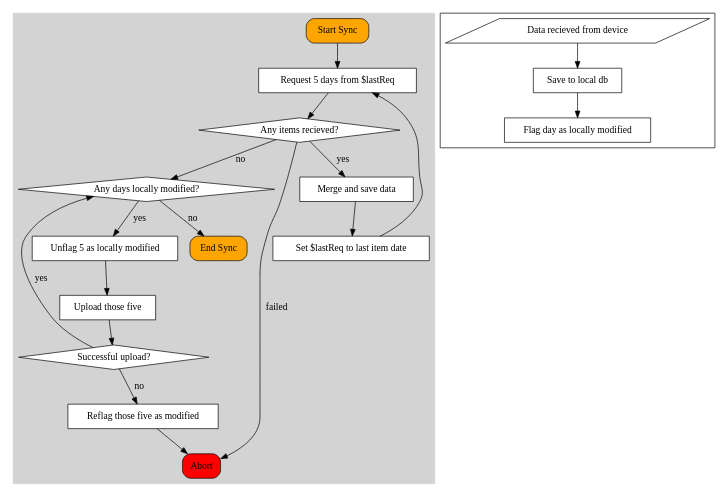
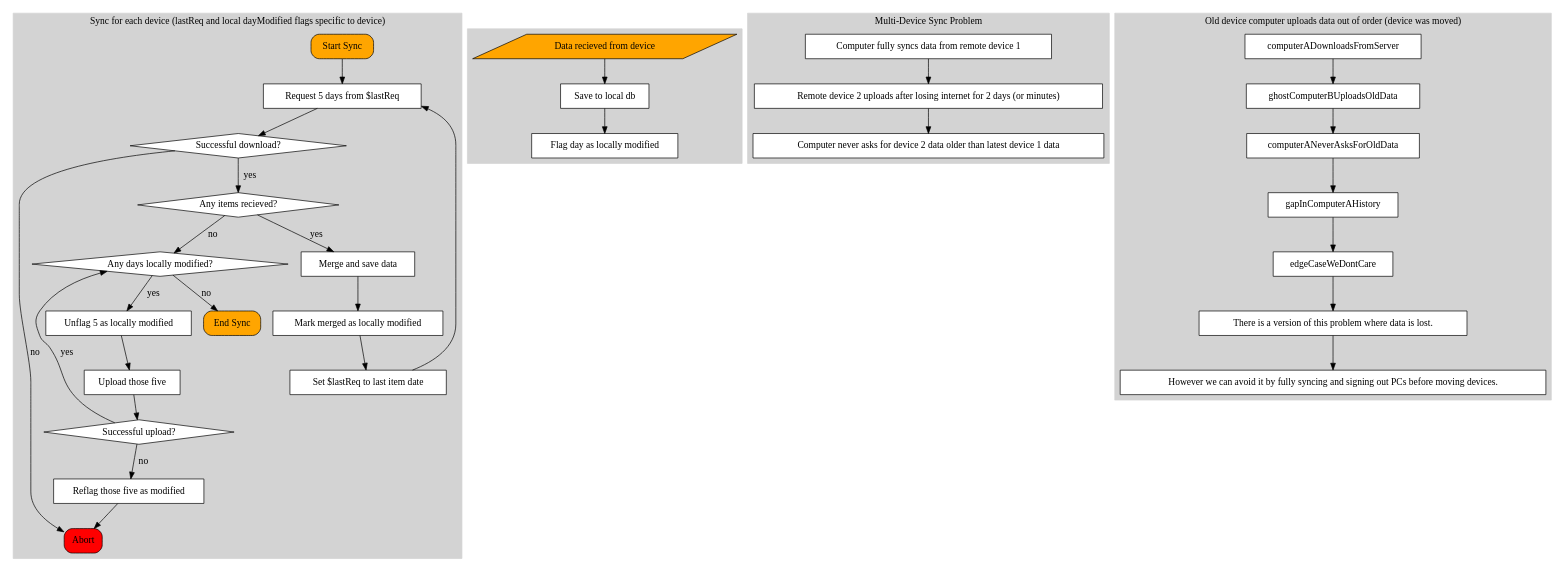
The diagram in design/sync.dot (quickbird-uk/QuickbirdUWPDashboard), drawn with Graphviz before and after one commit. The commit also changed 1 other file, not shown here.

Commit message:
re #133 uodated design diagrams with problems.

```diff
--- a/design/sync.dot
+++ b/design/sync.dot
@@ -1,47 +1,82 @@
 digraph G {
-
     /* Entities */
    node[style="filled", fillcolor="white"];
    start[label="Start Sync", shape="box", style="rounded,filled", fillcolor="orange"];
    end[label="End Sync", shape="box", style="rounded,filled", fillcolor="orange"];
    abort[label="Abort", shape="box", style="rounded,filled", fillcolor="red"];
 
    reqFive[label="Request 5 days from $lastReq", shape="rectangle"];
    anythingRecieved[label="Any items recieved?", shape="diamond"];
    setLastToLastItem[label="Set $lastReq to last item date" , shape="rectangle"];
    mergeAndSave[label="Merge and save data", shape="rectangle"];
    anyDaysLocallyModified[label="Any days locally modified?", shape="diamond"];
    unmarkFive[label="Unflag 5 as locally modified", shape="rectangle"];
    uploadFive[label="Upload those five", shape="rectangle"];
    success[label="Successful upload?", shape="diamond"];
+   dlsuccess[label="Successful download?", shape="diamond"];
    reflagFive[label="Reflag those five as modified", shape="box"];
+   markMergedModified[label="Mark merged as locally modified", shape="box"];
     
     /* Relationships */
 
     subgraph cluster0 {
+        label="Sync for each device (lastReq and local dayModified flags specific to device)";
         style="filled";
         color="lightgray";
         start -> reqFive;
-        reqFive -> anythingRecieved;
+        reqFive -> dlsuccess;
+        dlsuccess -> anythingRecieved[label=" yes "];
+        dlsuccess -> abort[label="no  "]
         anythingRecieved -> mergeAndSave[label=" yes "];
         anythingRecieved -> anyDaysLocallyModified[label=" no "];
-        anythingRecieved -> abort[label=" failed "];
-        mergeAndSave -> setLastToLastItem;
+        mergeAndSave -> markMergedModified;
+        markMergedModified -> setLastToLastItem;
         setLastToLastItem -> reqFive;
         anyDaysLocallyModified -> unmarkFive[label=" yes "];
         unmarkFive -> uploadFive;
         uploadFive -> success;
         success -> anyDaysLocallyModified[label=" yes "];
         success -> reflagFive[label=" no "];
         reflagFive -> abort;
         anyDaysLocallyModified -> end[label="no"];
     }
 
 
     subgraph cluster1 {
-        dataFromDevice[label="Data recieved from device", shape="parallelogram"];
+        style="filled";
+        color="lightgray";
+        dataFromDevice[label="Data recieved from device", shape="parallelogram", style="filled", fillcolor="orange"];
         saveToDb[label="Save to local db", shape="box"];
         markDayAsLocallyModified[label="Flag day as locally modified", shape="box"];
+        
         dataFromDevice -> saveToDb -> markDayAsLocallyModified;
     }
+
+
+    subgraph cluster2 {
+        style="filled";
+        color="lightgray";
+        node[shape="box"]
+        label="Multi-Device Sync Problem"
+
+        computerSyncsAllRemoteDeviceOneData[label="Computer fully syncs data from remote device 1"];
+        deviceTwoUploadsAfterBeingOfflineForADay[label="Remote device 2 uploads after losing internet for 2 days (or minutes)"];
+        computerNeverAsksForDeviceTwosDataFromYesterday[label="Computer never asks for device 2 data older than latest device 1 data"];
+
+        computerSyncsAllRemoteDeviceOneData -> deviceTwoUploadsAfterBeingOfflineForADay -> computerNeverAsksForDeviceTwosDataFromYesterday
+
+    }
+    subgraph cluster3 {
+        style="filled";
+        color="lightgray";
+        node[shape="box"]
+        label="Old device computer uploads data out of order (device was moved)"
+
+        comment1[label="There is a version of this problem where data is lost."];
+        comment2[label="However we can avoid it by fully syncing and signing out PCs before moving devices."];
+        comment1 -> comment2;
+
+        computerADownloadsFromServer -> ghostComputerBUploadsOldData -> computerANeverAsksForOldData -> gapInComputerAHistory -> edgeCaseWeDontCare;
+        edgeCaseWeDontCare -> comment1;
+    }
 }
```
